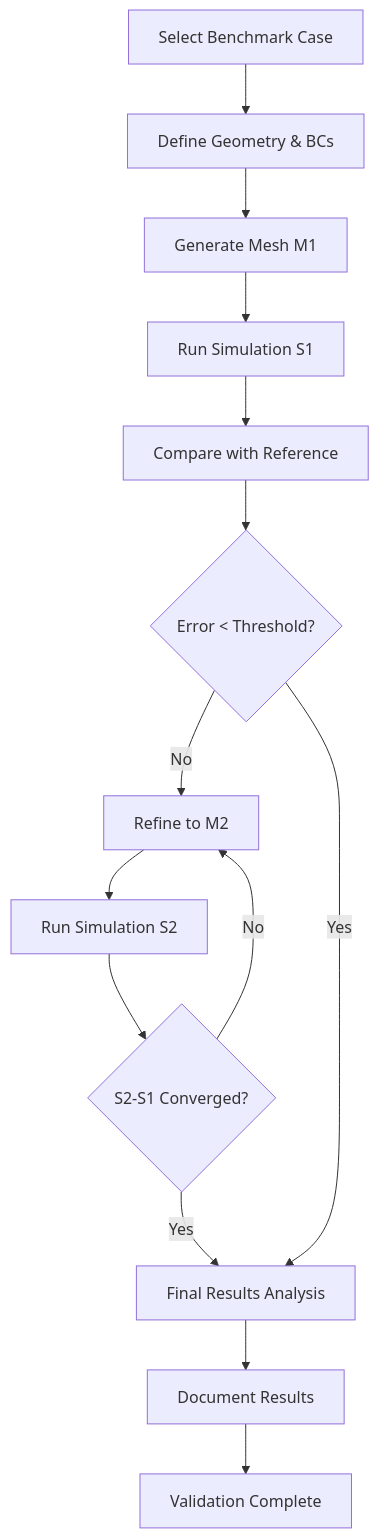
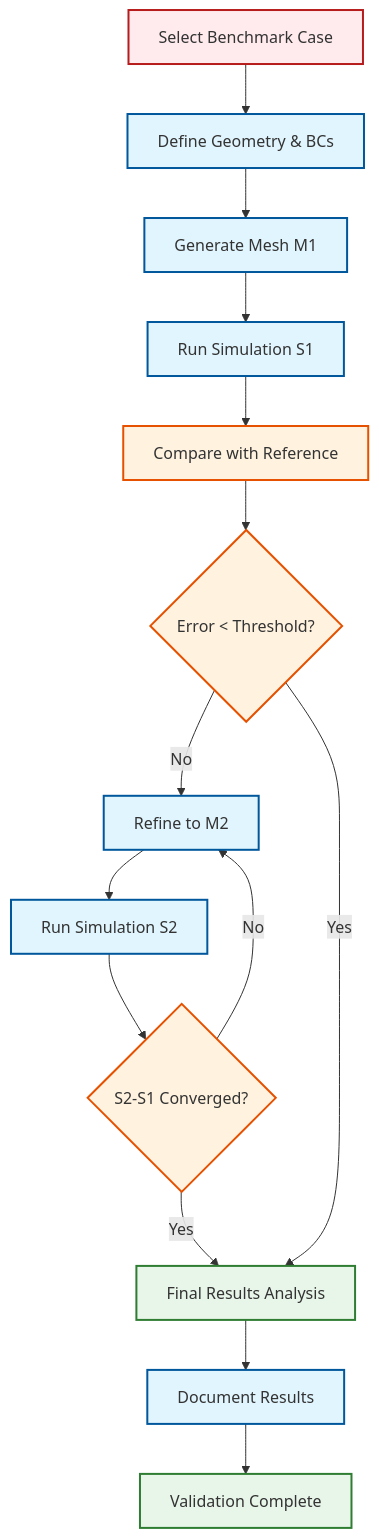
One commit to wramet/build-my-cfd changed the second of 2 diagrams in MODULE_08_TESTING_VALIDATION/CONTENT/03_VALIDATION_BENCHMARKS/00_Overview.md. Above: the diagram before and after it, drawn with Mermaid. The commit also changed other lines of this file and 313 other files, not shown here.

Commit message:
Revise all diagram

````diff
--- a/MODULE_08_TESTING_VALIDATION/CONTENT/03_VALIDATION_BENCHMARKS/00_Overview.md
+++ b/MODULE_08_TESTING_VALIDATION/CONTENT/03_VALIDATION_BENCHMARKS/00_Overview.md
@@ -348,16 +353,20 @@
 ```mermaid
 flowchart TD
-    A[Select Benchmark Case] --> B[Define Geometry & BCs]
-    B --> C[Generate Mesh M1]
-    C --> D[Run Simulation S1]
-    D --> E[Compare with Reference]
-    E --> F{Error < Threshold?}
-    F -- No --> G[Refine to M2]
-    G --> H[Run Simulation S2]
-    H --> I{S2-S1 Converged?}
-    I -- No --> G
-    I -- Yes --> J[Final Results Analysis]
-    F -- Yes --> J
-    J --> K[Document Results]
-    K --> L[Validation Complete]
+classDef implicit fill:#e1f5fe,stroke:#01579b,stroke-width:2px
+classDef explicit fill:#ffebee,stroke:#b71c1c,stroke-width:2px
+classDef success fill:#e8f5e9,stroke:#2e7d32,stroke-width:2px
+classDef warning fill:#fff3e0,stroke:#e65100,stroke-width:2px
+A[Select Benchmark Case]:::explicit --> B[Define Geometry & BCs]:::implicit
+B --> C[Generate Mesh M1]:::implicit
+C --> D[Run Simulation S1]:::implicit
+D --> E[Compare with Reference]:::warning
+E --> F{Error < Threshold?}:::warning
+F -- No --> G[Refine to M2]:::implicit
+G --> H[Run Simulation S2]:::implicit
+H --> I{S2-S1 Converged?}:::warning
+I -- No --> G
+I -- Yes --> J[Final Results Analysis]:::success
+F -- Yes --> J
+J --> K[Document Results]:::implicit
+K --> L[Validation Complete]:::success
 ```
````
